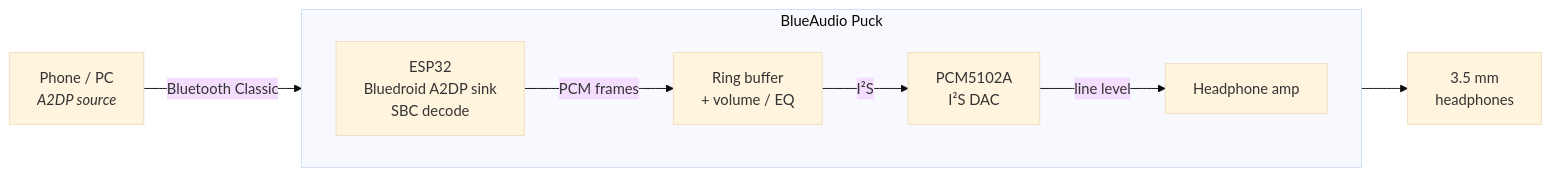
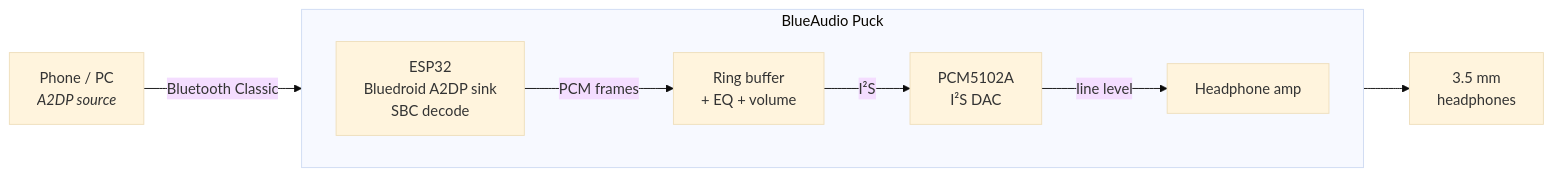
The first of 2 diagrams in README.md (Zektopic/esp32-blue-audio-puck), drawn with Mermaid (base theme) before and after one commit. The commit also changed other lines of this file and 3 other files, not shown here.

````diff
--- a/README.md
+++ b/README.md
@@ -14,18 +35,18 @@
 ```mermaid
 flowchart LR
     SRC["Phone / PC<br/><i>A2DP source</i>"]
     subgraph PUCK["BlueAudio Puck"]
         direction LR
         BT["ESP32<br/>Bluedroid A2DP sink<br/>SBC decode"]
-        DSP["Ring buffer<br/>+ volume / EQ"]
+        DSP["Ring buffer<br/>+ EQ + volume"]
         DAC["PCM5102A<br/>I²S DAC"]
         AMP["Headphone amp"]
     end
     JACK["3.5 mm<br/>headphones"]
 
     SRC -- "Bluetooth Classic" --> BT
     BT -- "PCM frames" --> DSP
     DSP -- "I²S" --> DAC
     DAC -- "line level" --> AMP
     AMP --> JACK
 ```
````
